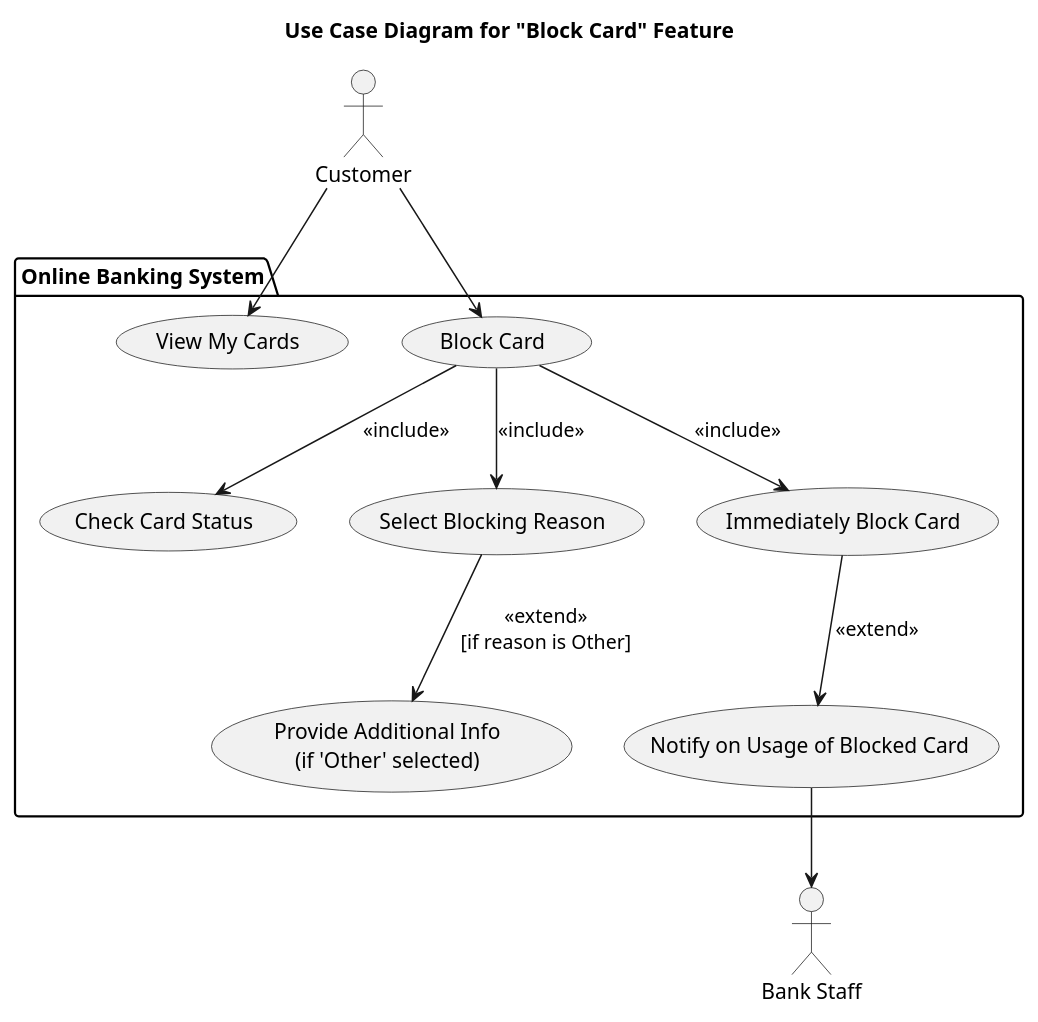
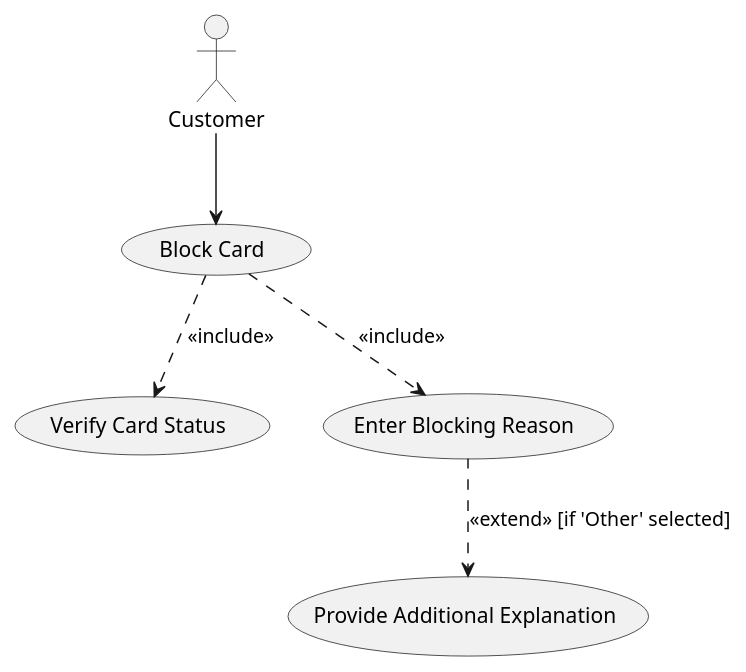
Before and after one commit to RayWP/pfsa-id: the diagram in survey-ud/gen-nr-nent-o3-mini/R26_BlockCard_class_diagram.puml, drawn with PlantUML. The commit also changed 7 other files, not shown here.

```diff
--- a/survey-ud/gen-nr-nent-o3-mini/R26_BlockCard_class_diagram.puml
+++ b/survey-ud/gen-nr-nent-o3-mini/R26_BlockCard_class_diagram.puml
@@ -1,28 +1,14 @@
 @startuml
-title Use Case Diagram for "Block Card" Feature
+actor Customer
 
-actor Customer
-actor "Bank Staff" as BankStaff
+usecase "Block Card" as UC_Block
+usecase "Verify Card Status" as UC_Verify
+usecase "Enter Blocking Reason" as UC_Reason
+usecase "Provide Additional Explanation" as UC_Additional
 
-package "Online Banking System" {
-  usecase "View My Cards" as UC_ViewCards
-  usecase "Block Card" as UC_BlockCard
-  usecase "Check Card Status" as UC_CheckStatus
-  usecase "Select Blocking Reason" as UC_SelectReason
-  usecase "Provide Additional Info\n(if 'Other' selected)" as UC_ProvideInfo
-  usecase "Immediately Block Card" as UC_ImmediateBlock
-  usecase "Notify on Usage of Blocked Card" as UC_NotifyUsage
-}
-
-Customer --> UC_ViewCards
-Customer --> UC_BlockCard
-
-UC_BlockCard --> UC_CheckStatus : <<include>>
-UC_BlockCard --> UC_SelectReason : <<include>>
-UC_SelectReason --> UC_ProvideInfo : <<extend>>\n[if reason is Other]
-UC_BlockCard --> UC_ImmediateBlock : <<include>>
-UC_ImmediateBlock --> UC_NotifyUsage : <<extend>>
-
-UC_NotifyUsage --> BankStaff
+Customer --> UC_Block
+UC_Block ..> UC_Verify : <<include>>
+UC_Block ..> UC_Reason : <<include>>
+UC_Reason ..> UC_Additional : <<extend>> [if 'Other' selected]
 
 @enduml
```
